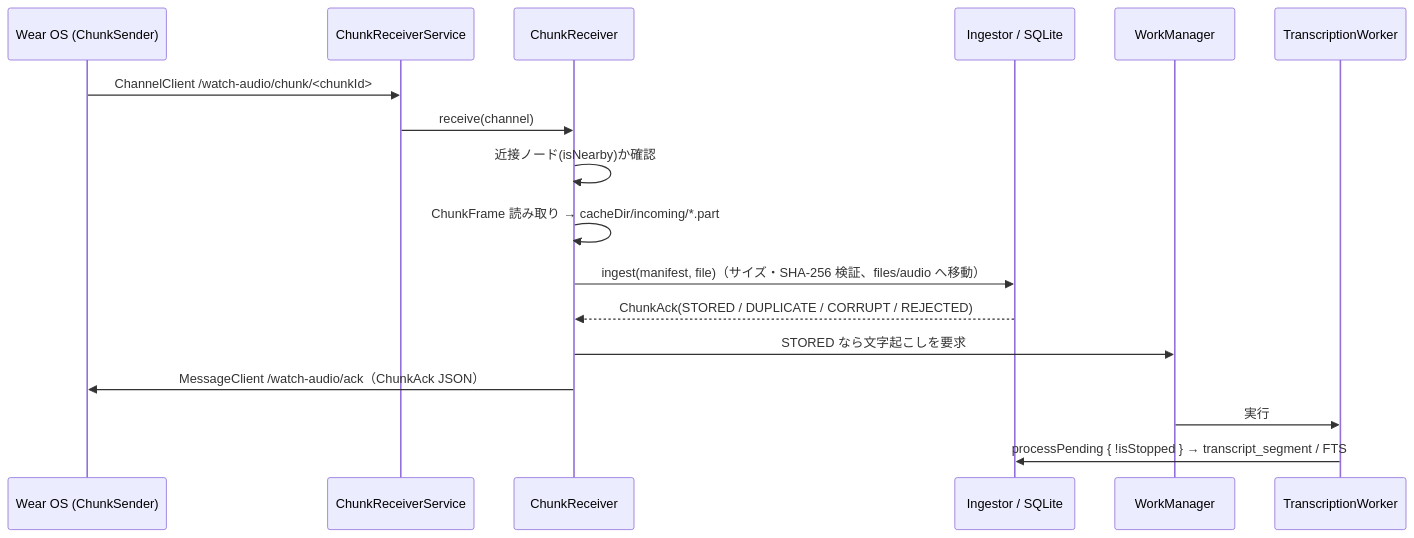
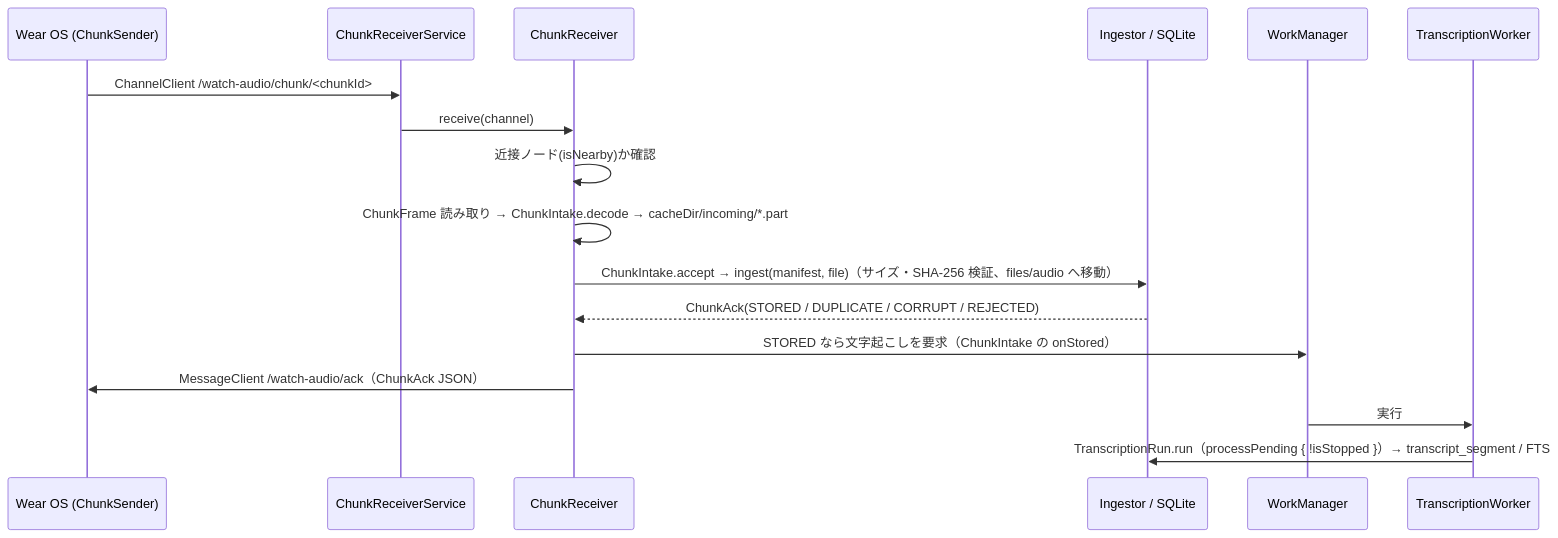
Before and after one commit to Soichiro5/watch-audio: the diagram in docs/platforms/android-phone.md, drawn with Mermaid. The commit also changed other lines of this file and 4 other files, not shown here.

First line of the commit message:
Document the shared transcription run and chunk intake (#134)

````diff
--- a/docs/platforms/android-phone.md
+++ b/docs/platforms/android-phone.md
@@ -35,20 +35,20 @@
 ```mermaid
 sequenceDiagram
   participant W as Wear OS (ChunkSender)
   participant S as ChunkReceiverService
   participant R as ChunkReceiver
   participant I as Ingestor / SQLite
   participant WM as WorkManager
   participant T as TranscriptionWorker
 
   W->>S: ChannelClient /watch-audio/chunk/<chunkId>
   S->>R: receive(channel)
   R->>R: 近接ノード(isNearby)か確認
-  R->>R: ChunkFrame 読み取り → cacheDir/incoming/*.part
-  R->>I: ingest(manifest, file)（サイズ・SHA-256 検証、files/audio へ移動）
+  R->>R: ChunkFrame 読み取り → ChunkIntake.decode → cacheDir/incoming/*.part
+  R->>I: ChunkIntake.accept → ingest(manifest, file)（サイズ・SHA-256 検証、files/audio へ移動）
   I-->>R: ChunkAck(STORED / DUPLICATE / CORRUPT / REJECTED)
-  R->>WM: STORED なら文字起こしを要求
+  R->>WM: STORED なら文字起こしを要求（ChunkIntake の onStored）
   R->>W: MessageClient /watch-audio/ack（ChunkAck JSON）
   WM->>T: 実行
-  T->>I: processPending { !isStopped } → transcript_segment / FTS
+  T->>I: TranscriptionRun.run（processPending { !isStopped }）→ transcript_segment / FTS
 ```
````
